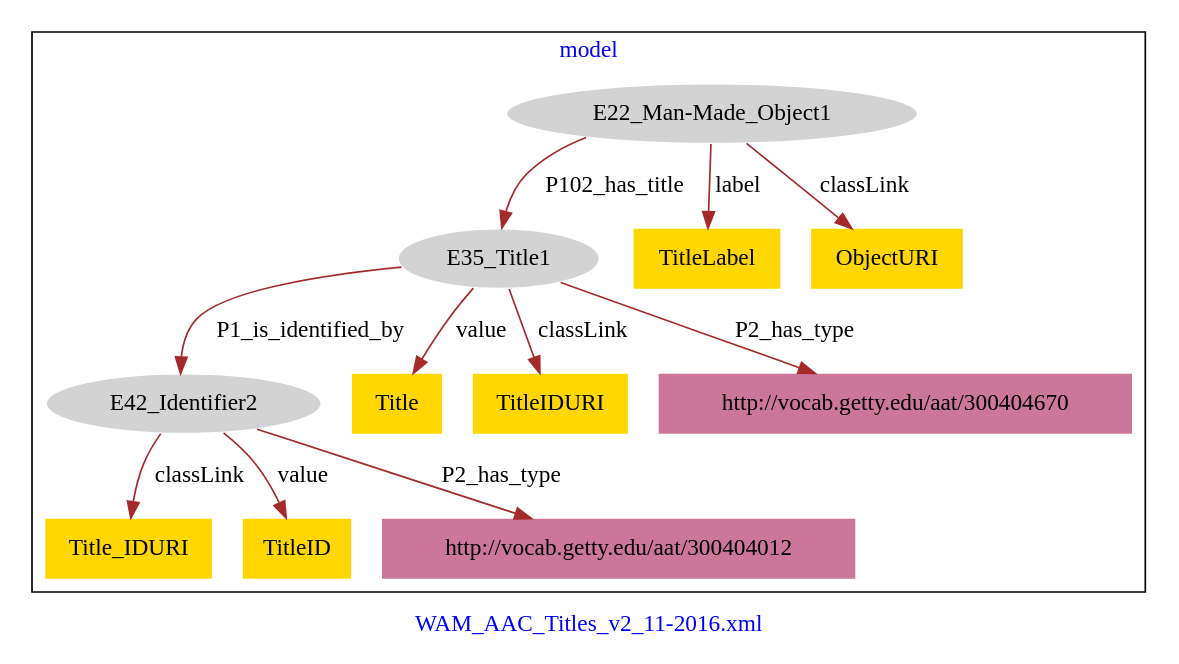
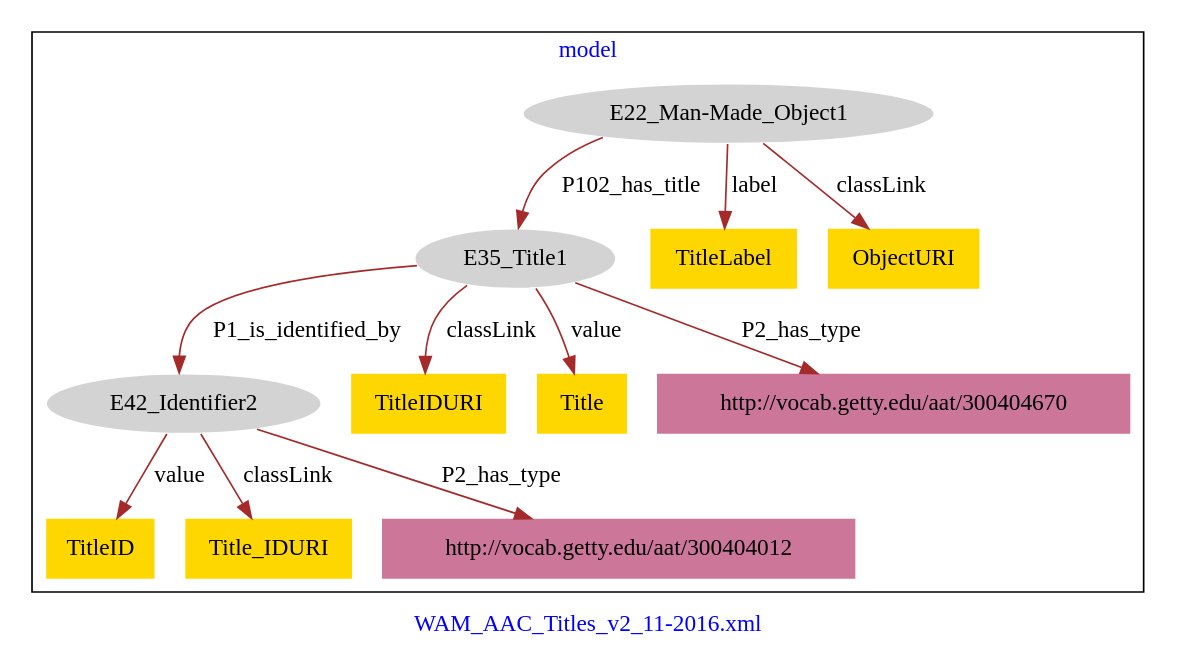
The diagram in WAM_AAC_Titles/WAM_AAC_Titles-model.dot (american-art/wam), drawn with Graphviz before and after one commit.

Commit message:
Update file WAM_AAC_Titles-model.dot

```diff
--- a/WAM_AAC_Titles/WAM_AAC_Titles-model.dot
+++ b/WAM_AAC_Titles/WAM_AAC_Titles-model.dot
@@ -1,29 +1,29 @@
 digraph n0 {
 fontcolor="blue"
 remincross="true"
 label="WAM_AAC_Titles_v2_11-2016.xml"
 subgraph cluster {
 label="model"
 n2[style="filled",color="white",fillcolor="lightgray",label="E22_Man-Made_Object1"];
 n3[style="filled",color="white",fillcolor="lightgray",label="E35_Title1"];
 n4[style="filled",color="white",fillcolor="lightgray",label="E42_Identifier2"];
-n5[shape="plaintext",style="filled",fillcolor="gold",label="Title_IDURI"];
-n6[shape="plaintext",style="filled",fillcolor="gold",label="TitleLabel"];
-n7[shape="plaintext",style="filled",fillcolor="gold",label="Title"];
+n5[shape="plaintext",style="filled",fillcolor="gold",label="TitleLabel"];
+n6[shape="plaintext",style="filled",fillcolor="gold",label="TitleID"];
+n7[shape="plaintext",style="filled",fillcolor="gold",label="Title_IDURI"];
 n8[shape="plaintext",style="filled",fillcolor="gold",label="TitleIDURI"];
-n9[shape="plaintext",style="filled",fillcolor="gold",label="TitleID"];
+n9[shape="plaintext",style="filled",fillcolor="gold",label="Title"];
 n10[shape="plaintext",style="filled",fillcolor="gold",label="ObjectURI"];
 n11[shape="plaintext",style="filled",fillcolor="#CC7799",label="http://vocab.getty.edu/aat/300404670"];
 n12[shape="plaintext",style="filled",fillcolor="#CC7799",label="http://vocab.getty.edu/aat/300404012"];
 }
 n2 -> n3[color="brown",fontcolor="black",label="P102_has_title"]
 n3 -> n4[color="brown",fontcolor="black",label="P1_is_identified_by"]
-n4 -> n5[color="brown",fontcolor="black",label="classLink"]
-n2 -> n6[color="brown",fontcolor="black",label="label"]
-n3 -> n7[color="brown",fontcolor="black",label="value"]
+n2 -> n5[color="brown",fontcolor="black",label="label"]
+n4 -> n6[color="brown",fontcolor="black",label="value"]
+n4 -> n7[color="brown",fontcolor="black",label="classLink"]
 n3 -> n8[color="brown",fontcolor="black",label="classLink"]
-n4 -> n9[color="brown",fontcolor="black",label="value"]
+n3 -> n9[color="brown",fontcolor="black",label="value"]
 n2 -> n10[color="brown",fontcolor="black",label="classLink"]
 n3 -> n11[color="brown",fontcolor="black",label="P2_has_type"]
 n4 -> n12[color="brown",fontcolor="black",label="P2_has_type"]
 }
```
